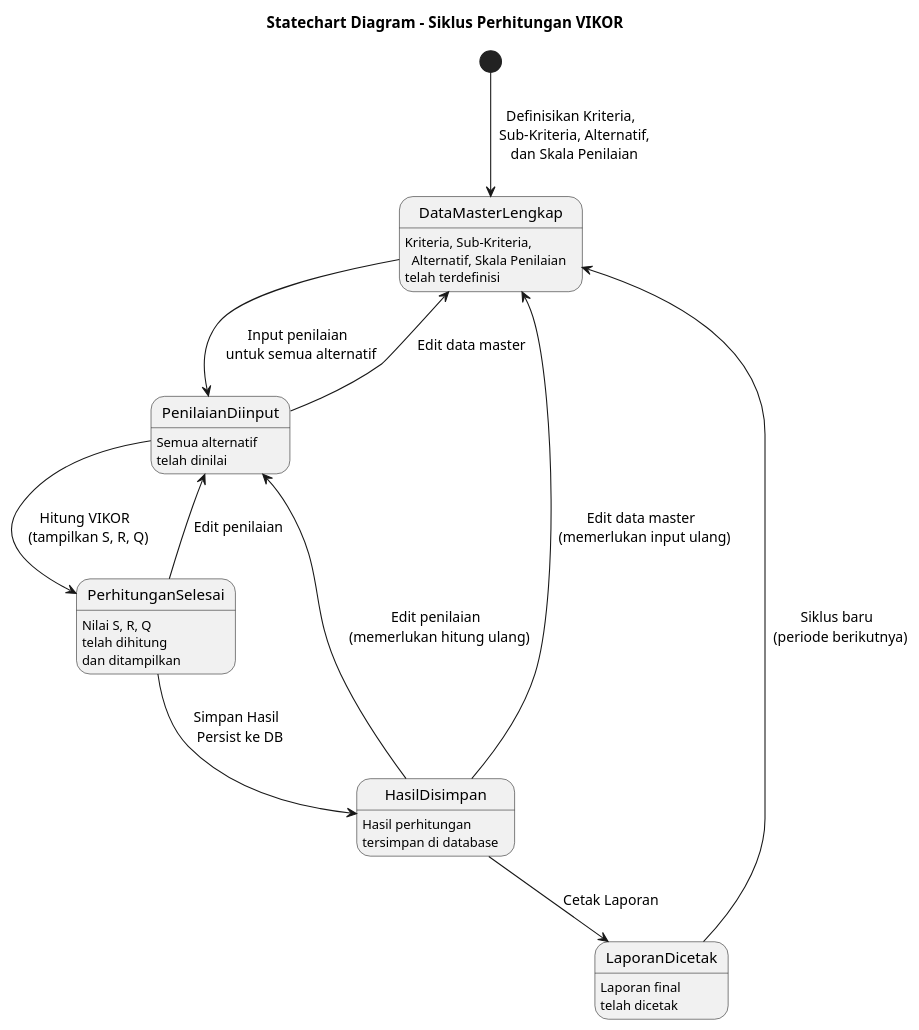
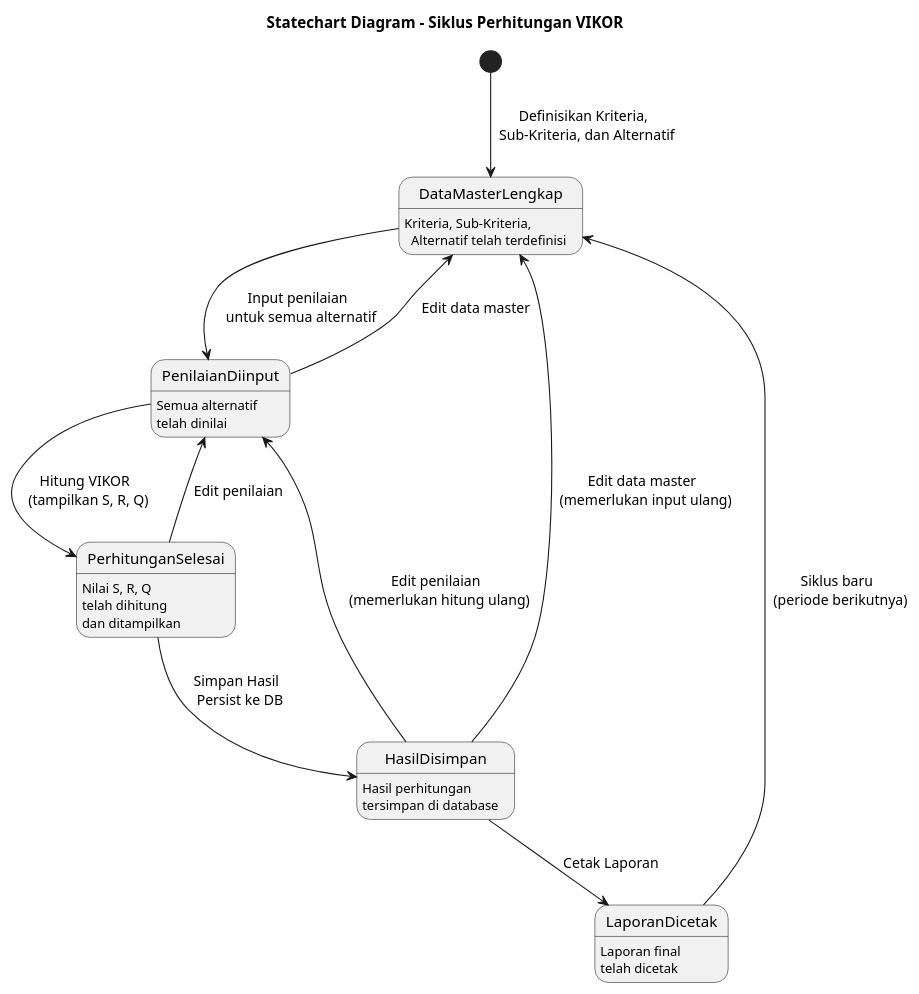
Before and after one commit to jimmywiraarbaa/spk-vikor-bansos: the diagram in docs/uml/statechart.puml, drawn with PlantUML. The commit also changed 5 other files, not shown here.

Commit message:
refactor: update UML diagrams to remove references to Skala Penilaian and adjust related logic

```diff
--- a/docs/uml/statechart.puml
+++ b/docs/uml/statechart.puml
@@ -1,30 +1,30 @@
 @startuml
 title Statechart Diagram - Siklus Perhitungan VIKOR
 
-[*] --> DataMasterLengkap : Definisikan Kriteria,\n  Sub-Kriteria, Alternatif,\n  dan Skala Penilaian
+[*] --> DataMasterLengkap : Definisikan Kriteria,\n  Sub-Kriteria, dan Alternatif
 
 DataMasterLengkap --> PenilaianDiinput : Input penilaian\n  untuk semua alternatif
 
 PenilaianDiinput --> PerhitunganSelesai : Hitung VIKOR\n  (tampilkan S, R, Q)
 
 PerhitunganSelesai --> HasilDisimpan : Simpan Hasil\n  Persist ke DB
 
 HasilDisimpan --> LaporanDicetak : Cetak Laporan
 
 HasilDisimpan --> DataMasterLengkap : Edit data master\n  (memerlukan input ulang)
 
 HasilDisimpan --> PenilaianDiinput : Edit penilaian\n  (memerlukan hitung ulang)
 
 PenilaianDiinput --> DataMasterLengkap : Edit data master
 
 PerhitunganSelesai --> PenilaianDiinput : Edit penilaian
 
 LaporanDicetak --> DataMasterLengkap : Siklus baru\n  (periode berikutnya)
 
-state DataMasterLengkap : Kriteria, Sub-Kriteria,\n  Alternatif, Skala Penilaian\ntelah terdefinisi
+state DataMasterLengkap : Kriteria, Sub-Kriteria,\n  Alternatif telah terdefinisi
 state PenilaianDiinput : Semua alternatif\ntelah dinilai
 state PerhitunganSelesai : Nilai S, R, Q\ntelah dihitung\ndan ditampilkan
 state HasilDisimpan : Hasil perhitungan\ntersimpan di database
 state LaporanDicetak : Laporan final\ntelah dicetak
 
 @enduml
```
